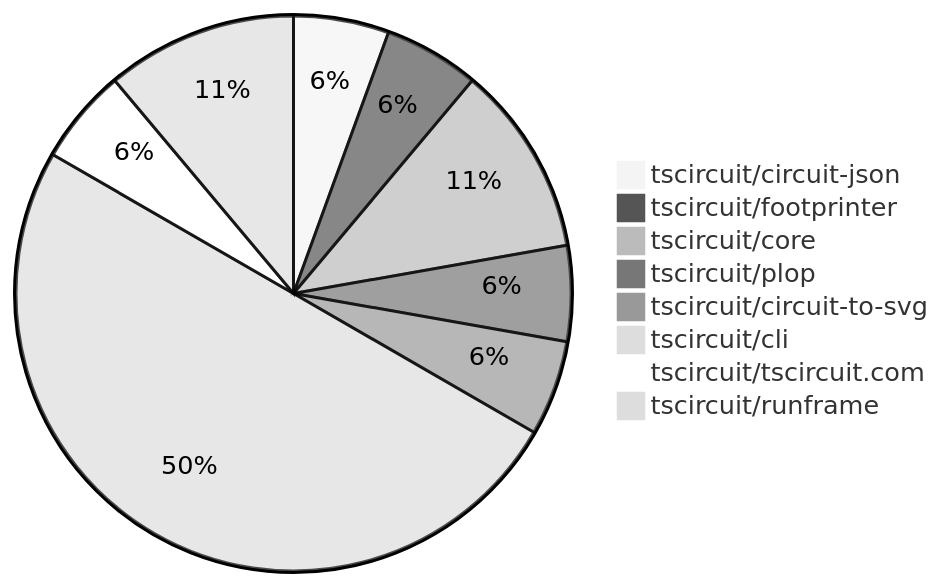
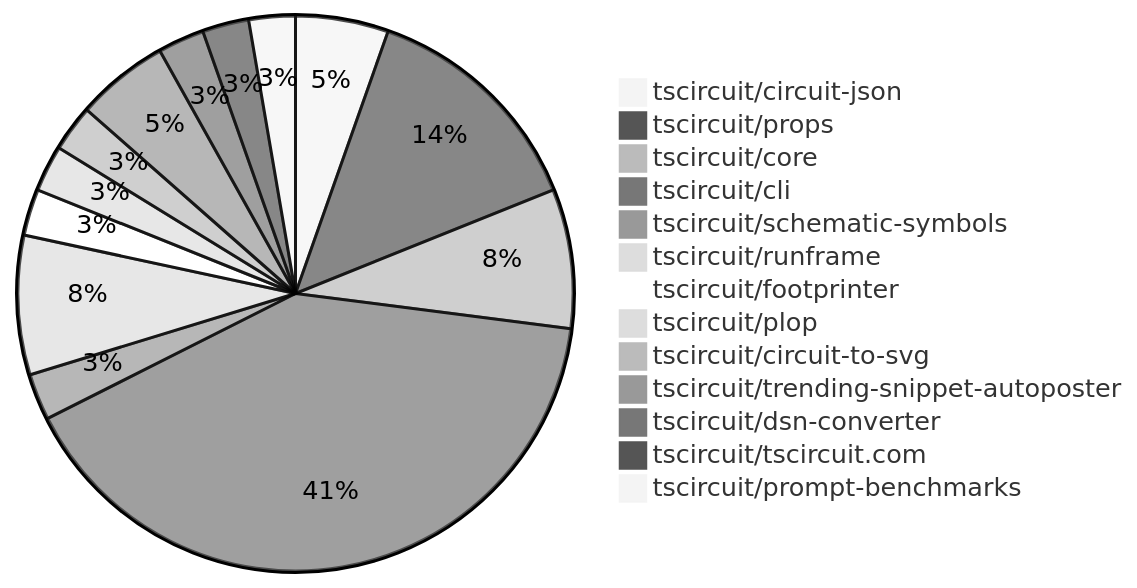
Before and after one commit to tscircuit/contribution-tracker: the diagram in README.md, drawn with Mermaid (neutral theme). The commit also changed other lines of this file and 2 other files, not shown here.

````diff
--- a/README.md
+++ b/README.md
@@ -24,11 +24,16 @@
 ```mermaid
 pie
-    "tscircuit/circuit-json" : 1
+    "tscircuit/circuit-json" : 2
+    "tscircuit/props" : 5
+    "tscircuit/core" : 3
+    "tscircuit/cli" : 15
+    "tscircuit/schematic-symbols" : 1
+    "tscircuit/runframe" : 3
     "tscircuit/footprinter" : 1
-    "tscircuit/core" : 2
     "tscircuit/plop" : 1
     "tscircuit/circuit-to-svg" : 1
-    "tscircuit/cli" : 9
+    "tscircuit/trending-snippet-autoposter" : 2
+    "tscircuit/dsn-converter" : 1
     "tscircuit/tscircuit.com" : 1
-    "tscircuit/runframe" : 2
+    "tscircuit/prompt-benchmarks" : 1
 ```
````
